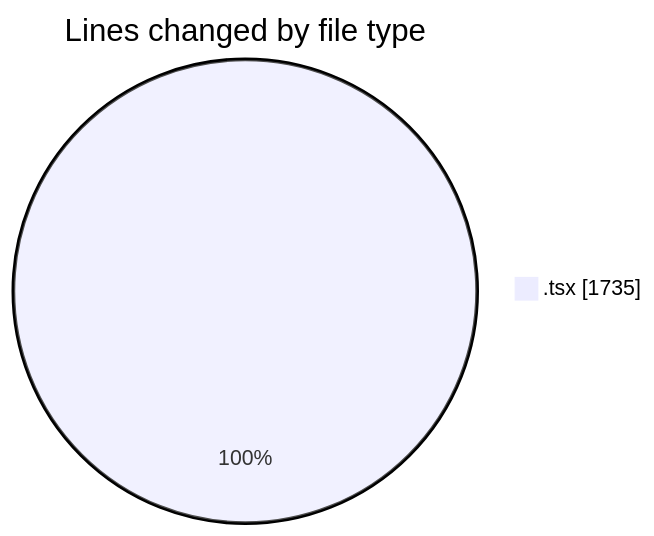
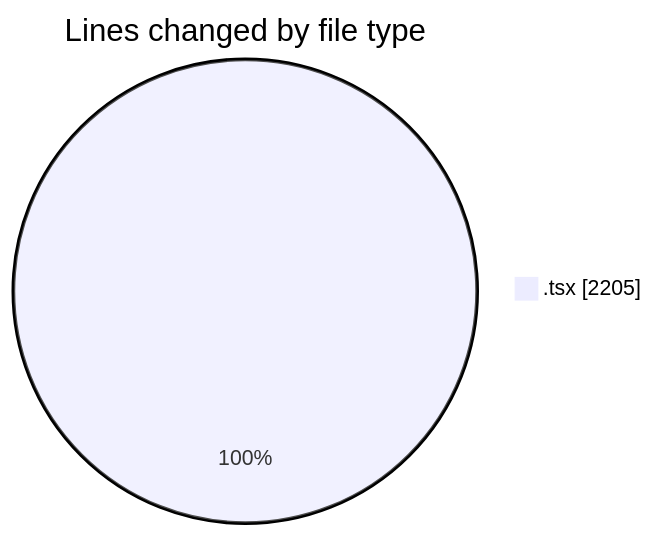
The first of 2 diagrams in 2026-06-07/nxtqube_webapp/README.md (nxtqubesakshisongat/code-tracking), drawn with Mermaid before and after one commit. The commit also changed other lines of this file and 1 other file, not shown here.

````diff
--- a/2026-06-07/nxtqube_webapp/README.md
+++ b/2026-06-07/nxtqube_webapp/README.md
@@ -23,5 +24,5 @@
 ```mermaid
 pie showData
 title Lines changed by file type
-".tsx" : 1735
+".tsx" : 2205
 ```
````
